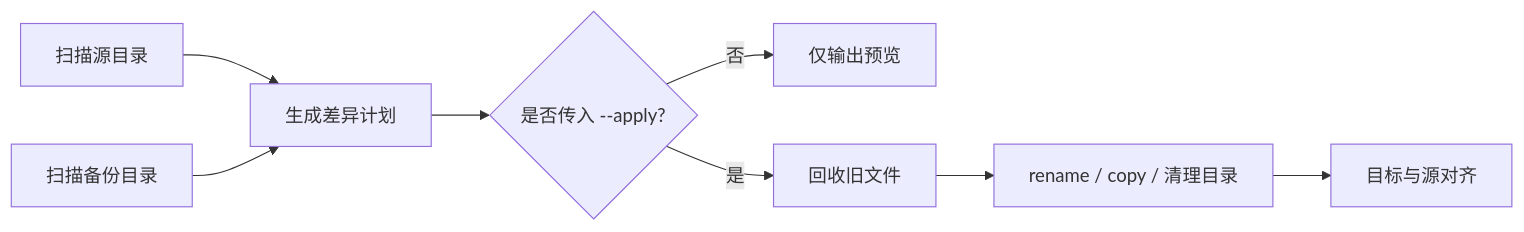
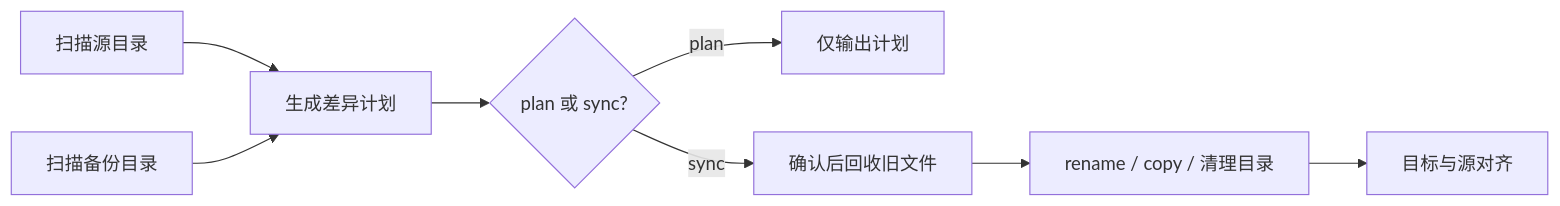
The diagram in README.md (qingfusheng/FileBackUpSync), drawn with Mermaid before and after one commit. The commit also changed other lines of this file and 5 other files, not shown here.

````diff
--- a/README.md
+++ b/README.md
@@ -45,10 +47,10 @@
 ```mermaid
 flowchart LR
     A["扫描源目录"] --> C["生成差异计划"]
     B["扫描备份目录"] --> C
-    C --> D{"是否传入 --apply?"}
-    D -- 否 --> E["仅输出预览"]
-    D -- 是 --> F["回收旧文件"]
+    C --> D{"plan 或 sync?"}
+    D -- plan --> E["仅输出计划"]
+    D -- sync --> F["确认后回收旧文件"]
     F --> G["rename / copy / 清理目录"]
     G --> H["目标与源对齐"]
 ```
````
